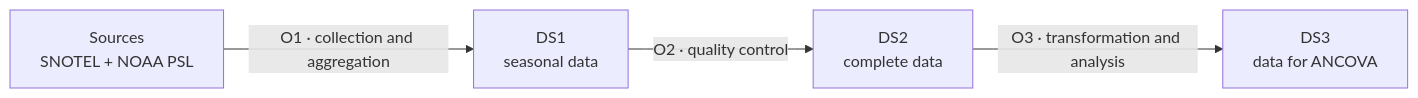
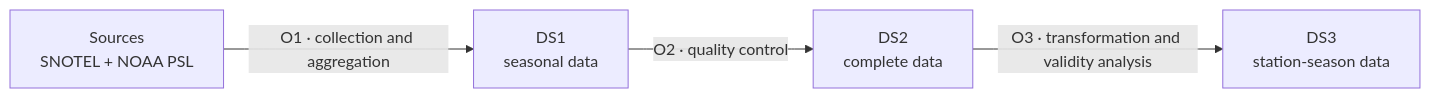
Before and after one commit to nicominguez/pnw_enso_swe: the diagram in README.md, drawn with Mermaid. The commit also changed other lines of this file and 11 other files, not shown here.

````diff
--- a/README.md
+++ b/README.md
@@ -11,7 +11,7 @@
 ```mermaid
 flowchart LR
     S[Sources<br/>SNOTEL + NOAA PSL]
     S -->|O1 · collection and aggregation| D1[DS1<br/>seasonal data]
     D1 -->|O2 · quality control| D2[DS2<br/>complete data]
-    D2 -->|O3 · transformation and analysis| D3[DS3<br/>data for ANCOVA]
+    D2 -->|O3 · transformation and validity analysis| D3[DS3<br/>station-season data]
 ```
````
